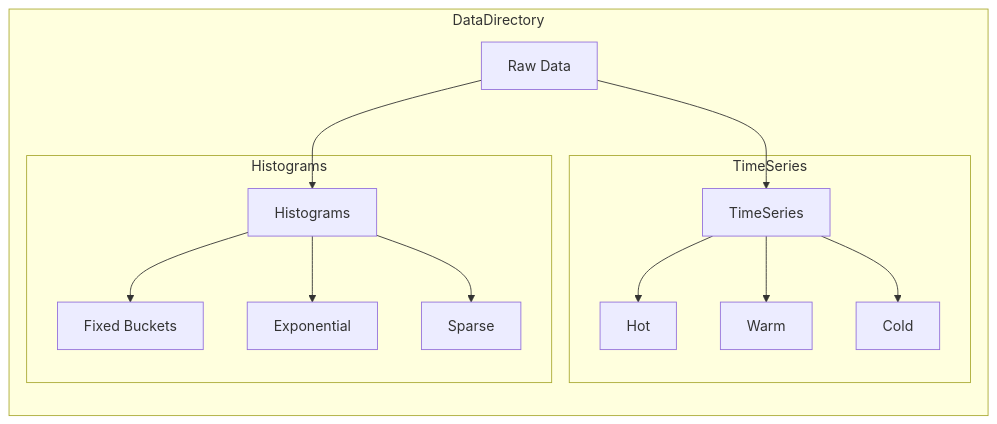
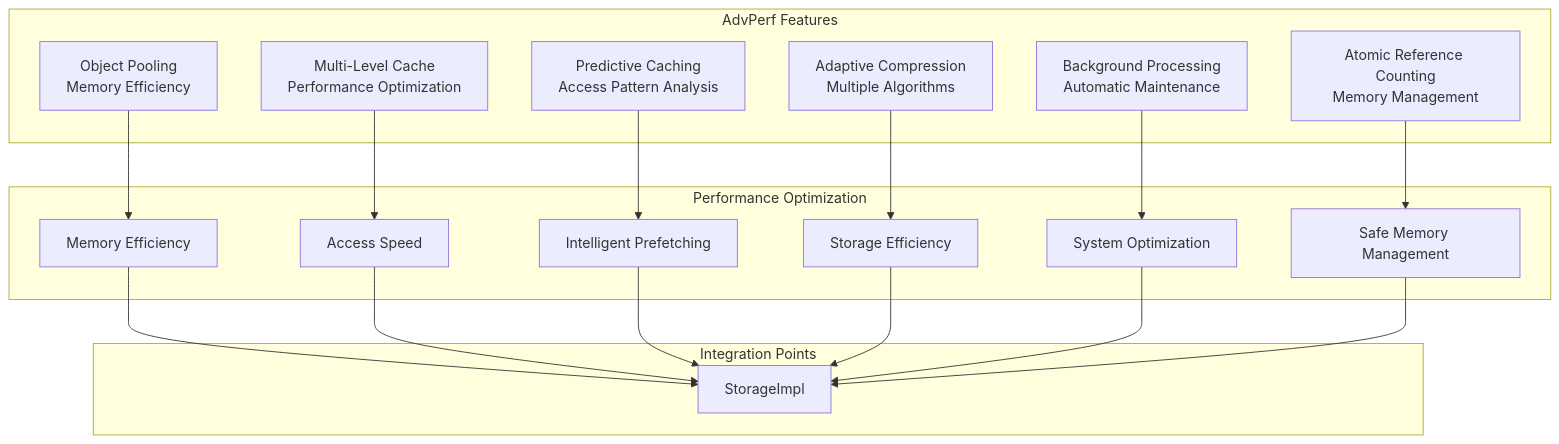
Before and after one commit to vobbilis/mytsdb: the third of 12 diagrams in diagrams.md, drawn with Mermaid. The commit also changed other lines of this file, not shown here.

Commit message:
Update diagrams.md with comprehensive TSDB architecture reflecting all implemented features and integration plans

````diff
--- a/diagrams.md
+++ b/diagrams.md
@@ -65,19 +101,29 @@
 ```mermaid
-graph LR
-    subgraph DataDirectory
-        Raw[Raw Data] --> TS[TimeSeries]
-        Raw --> Hist[Histograms]
-        
-        subgraph TimeSeries
-            TS --> TS_Hot[Hot]
-            TS --> TS_Warm[Warm]
-            TS --> TS_Cold[Cold]
-        end
-        
-        subgraph Histograms
-            Hist --> H_Fixed[Fixed Buckets]
-            Hist --> H_Exp[Exponential]
-            Hist --> H_Sparse[Sparse]
-        end
+graph TB
+    subgraph AdvPerf Features
+        ObjectPooling[Object Pooling<br/>Memory Efficiency]
+        MultiLevelCache[Multi-Level Cache<br/>Performance Optimization]
+        PredictiveCaching[Predictive Caching<br/>Access Pattern Analysis]
+        AdaptiveCompression[Adaptive Compression<br/>Multiple Algorithms]
+        BackgroundProcessing[Background Processing<br/>Automatic Maintenance]
+        AtomicReferenceCounting[Atomic Reference Counting<br/>Memory Management]
+    end
+    
+    subgraph Performance Optimization
+        ObjectPooling --> MemoryEfficiency[Memory Efficiency]
+        MultiLevelCache --> AccessSpeed[Access Speed]
+        PredictiveCaching --> Prefetching[Intelligent Prefetching]
+        AdaptiveCompression --> StorageEfficiency[Storage Efficiency]
+        BackgroundProcessing --> SystemOptimization[System Optimization]
+        AtomicReferenceCounting --> SafeMemory[Safe Memory Management]
+    end
+    
+    subgraph Integration Points
+        MemoryEfficiency --> StorageImpl
+        AccessSpeed --> StorageImpl
+        Prefetching --> StorageImpl
+        StorageEfficiency --> StorageImpl
+        SystemOptimization --> StorageImpl
+        SafeMemory --> StorageImpl
     end
 ```
````
